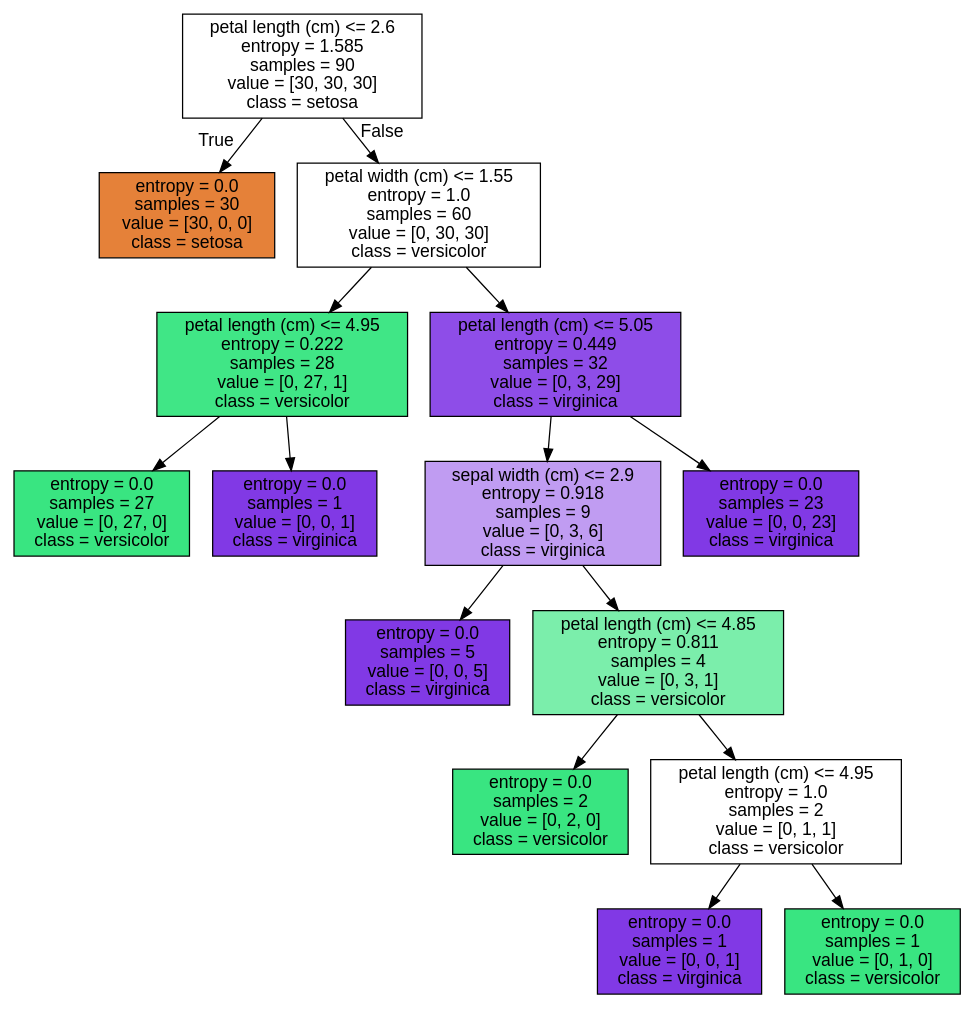
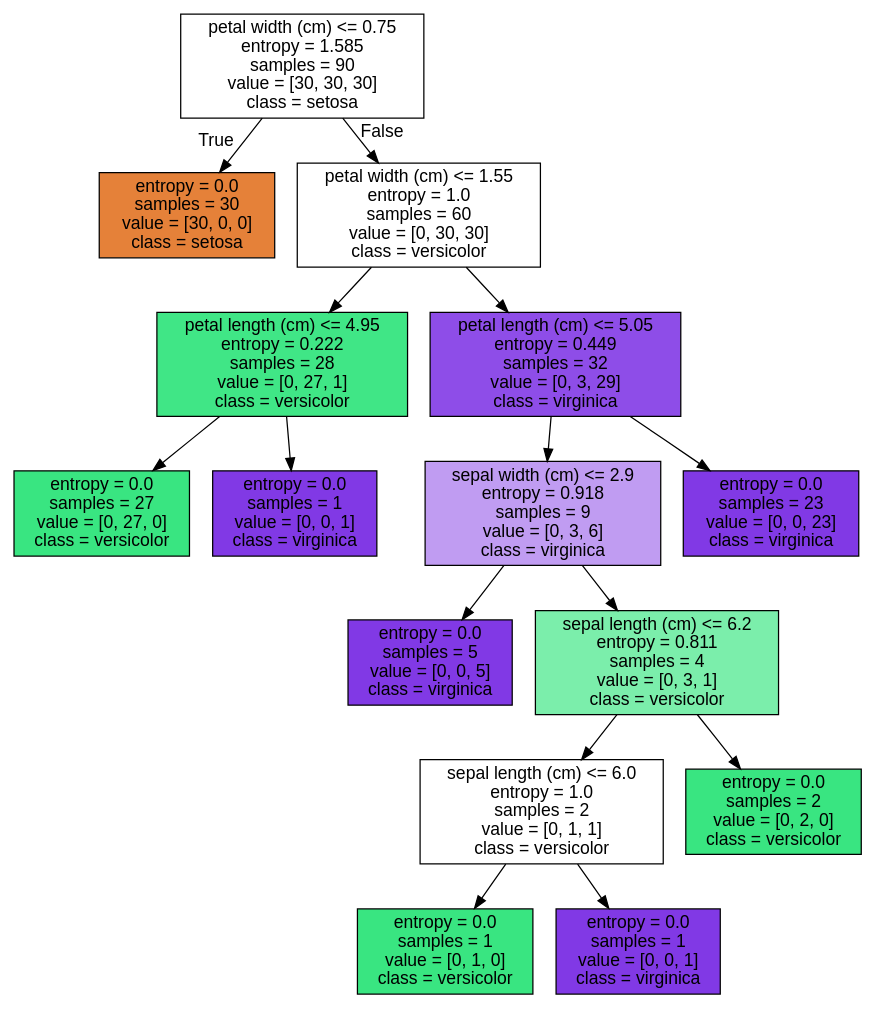
Before and after one commit to dataymeric/DAC: the diagram in IAMSI/tme08/autre_arbre.dot, drawn with Graphviz. The commit also changed 9 other files, not shown here.

```diff
--- a/IAMSI/tme08/autre_arbre.dot
+++ b/IAMSI/tme08/autre_arbre.dot
@@ -1,33 +1,33 @@
 digraph Tree {
 node [shape=box, style="filled", color="black", fontname="helvetica"] ;
 edge [fontname="helvetica"] ;
-0 [label="petal length (cm) <= 2.6\nentropy = 1.585\nsamples = 90\nvalue = [30, 30, 30]\nclass = setosa", fillcolor="#ffffff"] ;
+0 [label="petal width (cm) <= 0.75\nentropy = 1.585\nsamples = 90\nvalue = [30, 30, 30]\nclass = setosa", fillcolor="#ffffff"] ;
 1 [label="entropy = 0.0\nsamples = 30\nvalue = [30, 0, 0]\nclass = setosa", fillcolor="#e58139"] ;
 0 -> 1 [labeldistance=2.5, labelangle=45, headlabel="True"] ;
 2 [label="petal width (cm) <= 1.55\nentropy = 1.0\nsamples = 60\nvalue = [0, 30, 30]\nclass = versicolor", fillcolor="#ffffff"] ;
 0 -> 2 [labeldistance=2.5, labelangle=-45, headlabel="False"] ;
 3 [label="petal length (cm) <= 4.95\nentropy = 0.222\nsamples = 28\nvalue = [0, 27, 1]\nclass = versicolor", fillcolor="#40e686"] ;
 2 -> 3 ;
 4 [label="entropy = 0.0\nsamples = 27\nvalue = [0, 27, 0]\nclass = versicolor", fillcolor="#39e581"] ;
 3 -> 4 ;
 5 [label="entropy = 0.0\nsamples = 1\nvalue = [0, 0, 1]\nclass = virginica", fillcolor="#8139e5"] ;
 3 -> 5 ;
 6 [label="petal length (cm) <= 5.05\nentropy = 0.449\nsamples = 32\nvalue = [0, 3, 29]\nclass = virginica", fillcolor="#8e4de8"] ;
 2 -> 6 ;
 7 [label="sepal width (cm) <= 2.9\nentropy = 0.918\nsamples = 9\nvalue = [0, 3, 6]\nclass = virginica", fillcolor="#c09cf2"] ;
 6 -> 7 ;
 8 [label="entropy = 0.0\nsamples = 5\nvalue = [0, 0, 5]\nclass = virginica", fillcolor="#8139e5"] ;
 7 -> 8 ;
-9 [label="petal length (cm) <= 4.85\nentropy = 0.811\nsamples = 4\nvalue = [0, 3, 1]\nclass = versicolor", fillcolor="#7beeab"] ;
+9 [label="sepal length (cm) <= 6.2\nentropy = 0.811\nsamples = 4\nvalue = [0, 3, 1]\nclass = versicolor", fillcolor="#7beeab"] ;
 7 -> 9 ;
-10 [label="entropy = 0.0\nsamples = 2\nvalue = [0, 2, 0]\nclass = versicolor", fillcolor="#39e581"] ;
+10 [label="sepal length (cm) <= 6.0\nentropy = 1.0\nsamples = 2\nvalue = [0, 1, 1]\nclass = versicolor", fillcolor="#ffffff"] ;
 9 -> 10 ;
-11 [label="petal length (cm) <= 4.95\nentropy = 1.0\nsamples = 2\nvalue = [0, 1, 1]\nclass = versicolor", fillcolor="#ffffff"] ;
-9 -> 11 ;
+11 [label="entropy = 0.0\nsamples = 1\nvalue = [0, 1, 0]\nclass = versicolor", fillcolor="#39e581"] ;
+10 -> 11 ;
 12 [label="entropy = 0.0\nsamples = 1\nvalue = [0, 0, 1]\nclass = virginica", fillcolor="#8139e5"] ;
-11 -> 12 ;
-13 [label="entropy = 0.0\nsamples = 1\nvalue = [0, 1, 0]\nclass = versicolor", fillcolor="#39e581"] ;
-11 -> 13 ;
+10 -> 12 ;
+13 [label="entropy = 0.0\nsamples = 2\nvalue = [0, 2, 0]\nclass = versicolor", fillcolor="#39e581"] ;
+9 -> 13 ;
 14 [label="entropy = 0.0\nsamples = 23\nvalue = [0, 0, 23]\nclass = virginica", fillcolor="#8139e5"] ;
 6 -> 14 ;
 }
```
